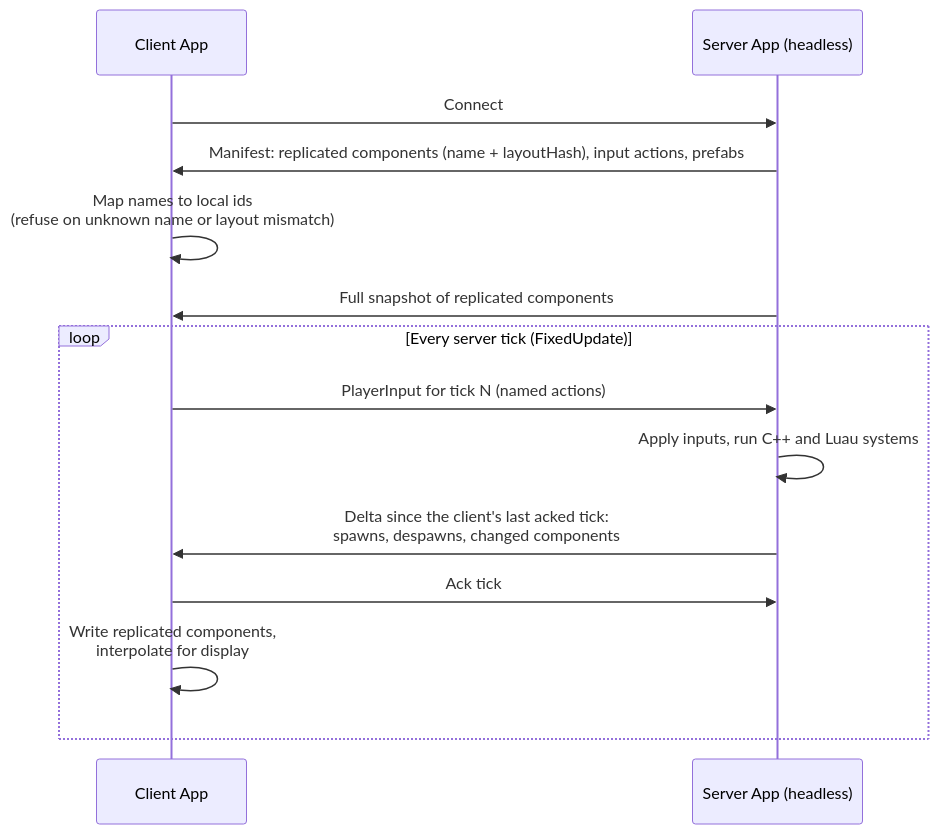
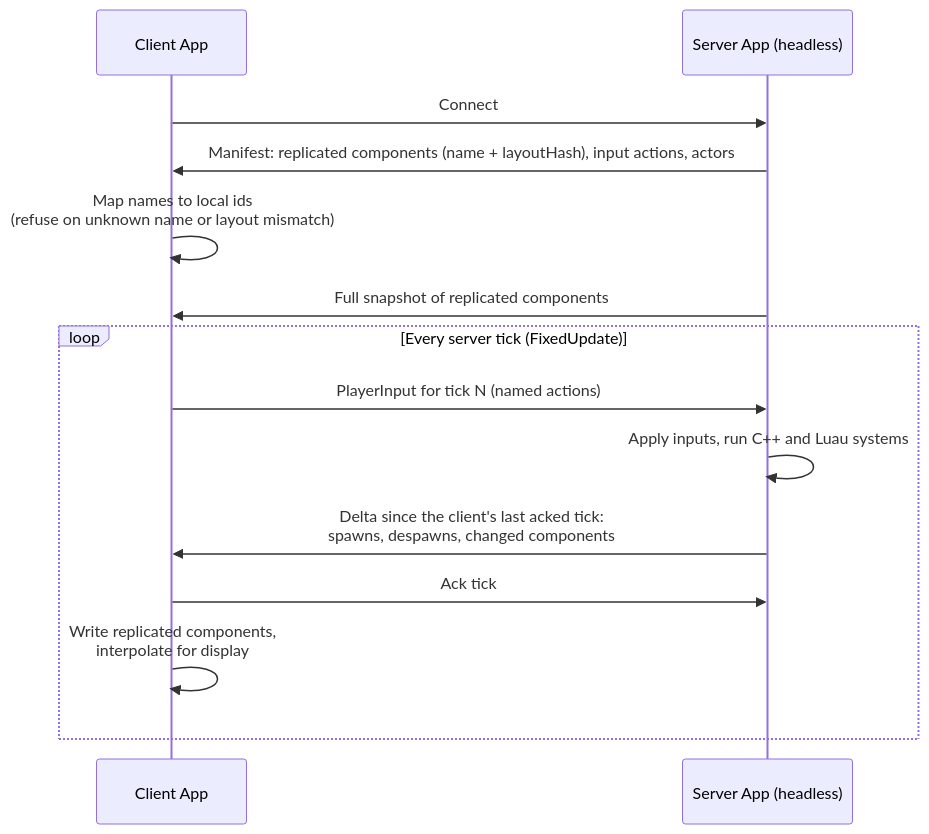
Before and after one commit to Charles-Mahoudeau/rtype: diagram 11 of 13 in docs/ecs/design.md, drawn with Mermaid. The commit also changed other lines of this file and 11 other files, not shown here.

Commit message:
docs(ecs): call prefabs actors

````diff
--- a/docs/ecs/design.md
+++ b/docs/ecs/design.md
@@ -1073,16 +1073,16 @@
 ```mermaid
 sequenceDiagram
     participant C as Client App
     participant S as Server App (headless)
     C->>S: Connect
-    S->>C: Manifest: replicated components (name + layoutHash), input actions, prefabs
+    S->>C: Manifest: replicated components (name + layoutHash), input actions, actors
     C->>C: Map names to local ids<br/>(refuse on unknown name or layout mismatch)
     S->>C: Full snapshot of replicated components
     loop Every server tick (FixedUpdate)
         C->>S: PlayerInput for tick N (named actions)
         S->>S: Apply inputs, run C++ and Luau systems
         S->>C: Delta since the client's last acked tick:<br/>spawns, despawns, changed components
         C->>S: Ack tick
         C->>C: Write replicated components,<br/>interpolate for display
     end
 ```
````
